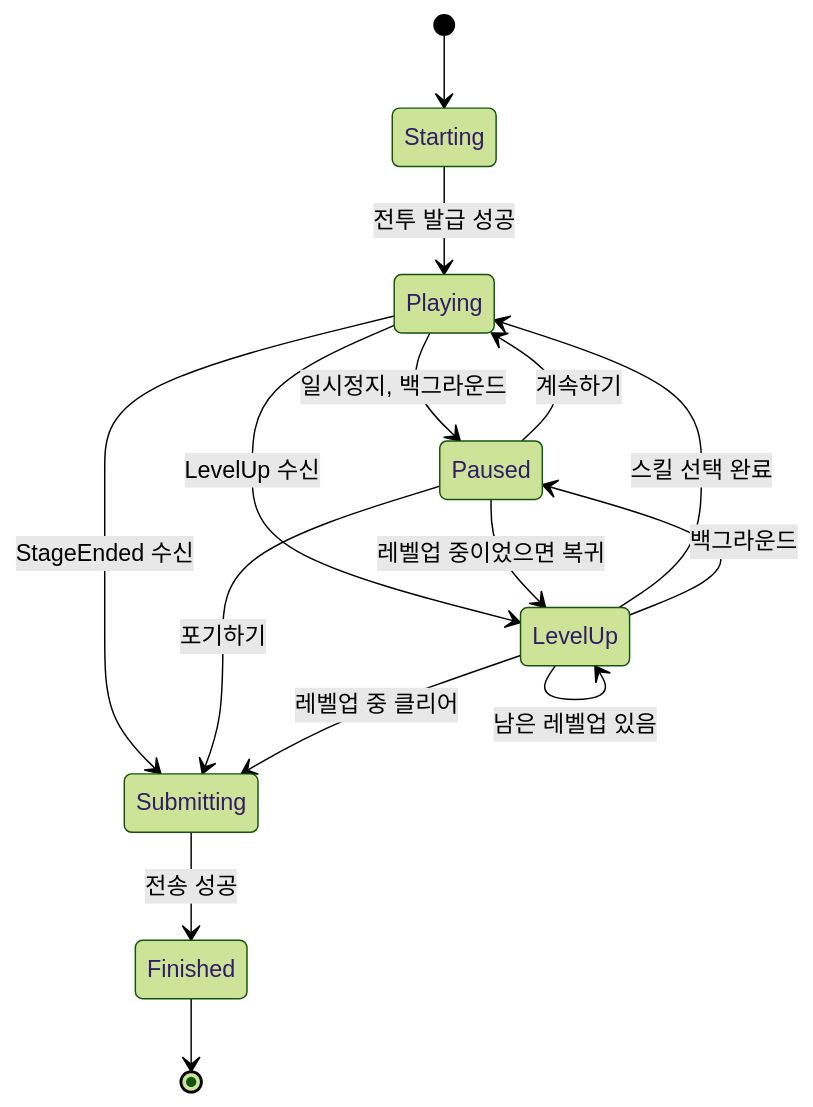
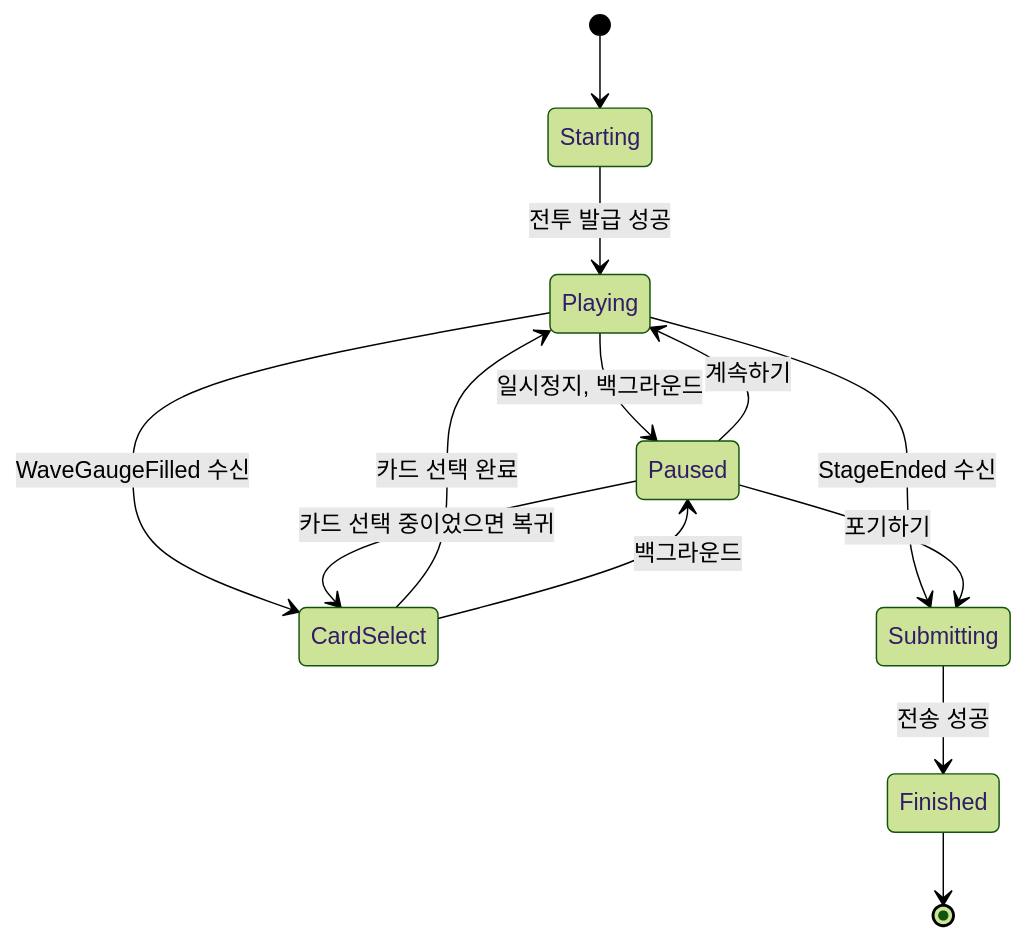
Before and after one commit to Sparta-fourTeam/client: the fourth of 4 diagrams in docs/flows.md, drawn with Mermaid (forest theme). The commit also changed other lines of this file and 3 other files, not shown here.

Commit message:
docs: sync team docs with in-game architecture v2

````diff
--- a/docs/flows.md
+++ b/docs/flows.md
@@ -73,17 +89,15 @@
 ```mermaid
 stateDiagram-v2
     [*] --> Starting
     Starting --> Playing: 전투 발급 성공
     Playing --> Paused: 일시정지, 백그라운드
-    Playing --> LevelUp: LevelUp 수신
+    Playing --> CardSelect: WaveGaugeFilled 수신
     Playing --> Submitting: StageEnded 수신
     Paused --> Playing: 계속하기
-    Paused --> LevelUp: 레벨업 중이었으면 복귀
+    Paused --> CardSelect: 카드 선택 중이었으면 복귀
     Paused --> Submitting: 포기하기
-    LevelUp --> LevelUp: 남은 레벨업 있음
-    LevelUp --> Playing: 스킬 선택 완료
-    LevelUp --> Paused: 백그라운드
-    LevelUp --> Submitting: 레벨업 중 클리어
+    CardSelect --> Playing: 카드 선택 완료
+    CardSelect --> Paused: 백그라운드
     Submitting --> Finished: 전송 성공
     Finished --> [*]
 ```
````
